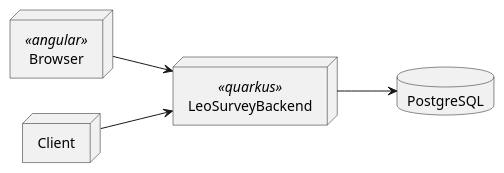
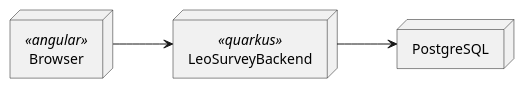
The diagram in Docs/system-specification-leosurvey/asciidocs/plantuml/sysarchitecture.puml (htl-leonding-project/leo-survey), drawn with PlantUML before and after one commit. The commit also changed 7 other files, not shown here.

```diff
--- a/Docs/system-specification-leosurvey/asciidocs/plantuml/sysarchitecture.puml
+++ b/Docs/system-specification-leosurvey/asciidocs/plantuml/sysarchitecture.puml
@@ -1,11 +1,10 @@
 @startuml
 left to right direction
 node Browser <<angular>> as B
-node Client as C
 node LeoSurveyBackend <<quarkus>> as LB
-database PostgreSQL as D
+node PostgreSQL as LC
+
 
 B --> LB
-C --> LB
-LB --> D
+LB --> LC
 @enduml
```
